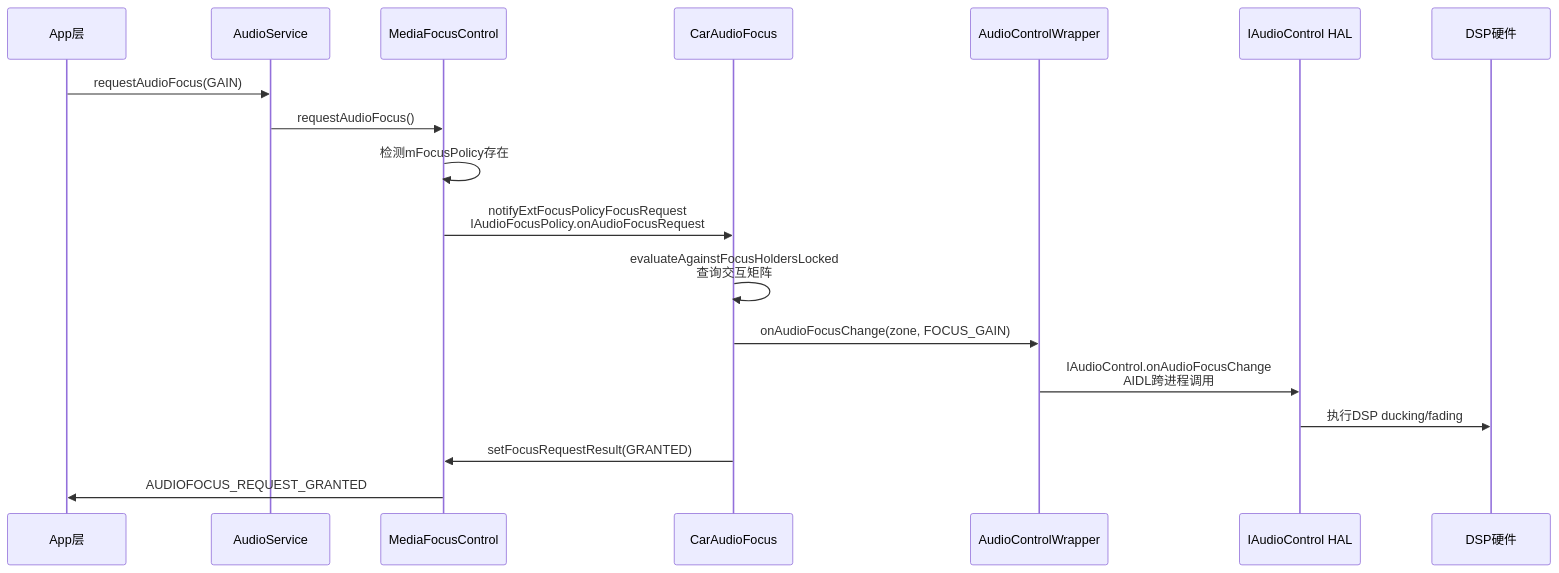
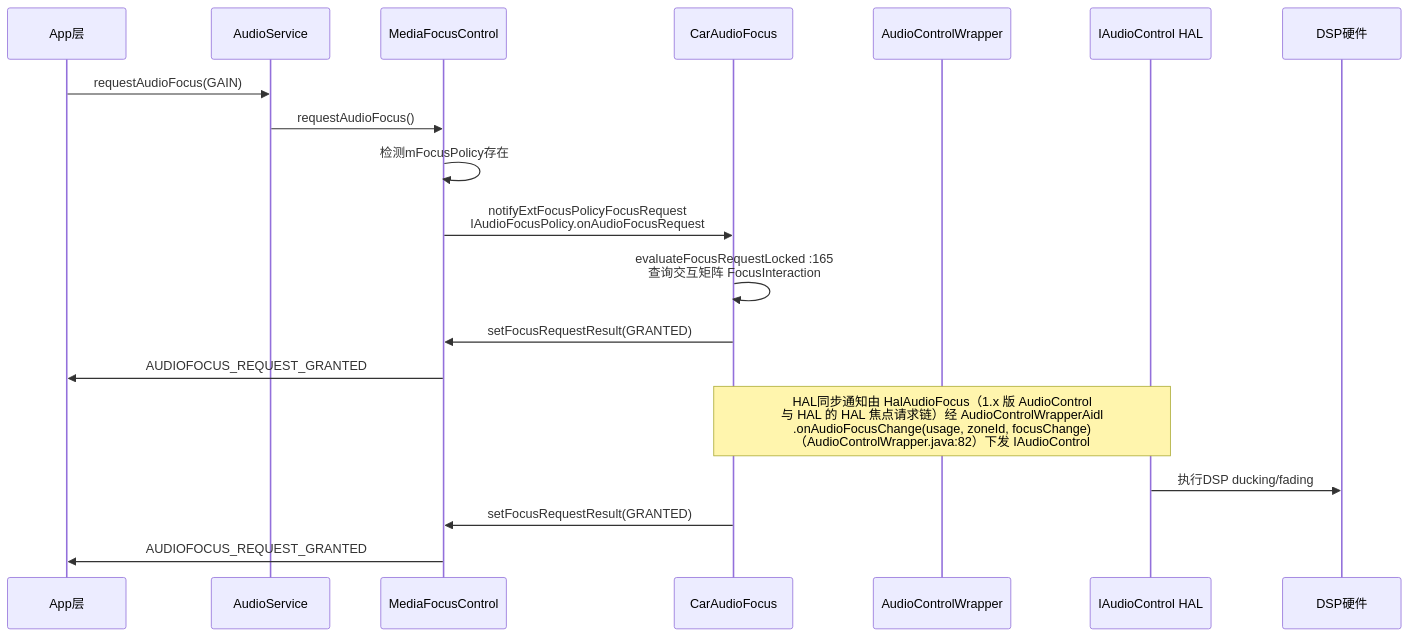
Before and after one commit to yanglinzhen1022/SA8295_AAOS_QNX_Audio_KnowledgeBase: the third of 4 diagrams in 12_Audio_Focus_Deep_Dive/12_12.8_Audio_Focus全栈调用链.md, drawn with Mermaid. The commit also changed other lines of this file and 14 other files, not shown here.

````diff
--- a/12_Audio_Focus_Deep_Dive/12_12.8_Audio_Focus全栈调用链.md
+++ b/12_Audio_Focus_Deep_Dive/12_12.8_Audio_Focus全栈调用链.md
@@ -57,21 +57,22 @@
 ```mermaid
 sequenceDiagram
     participant App as App层
     participant AS as AudioService
     participant MFC as MediaFocusControl
     participant CAF as CarAudioFocus
     participant ACW as AudioControlWrapper
     participant HAL as IAudioControl HAL
     participant DSP as DSP硬件
 
     App->>AS: requestAudioFocus(GAIN)
     AS->>MFC: requestAudioFocus()
     MFC->>MFC: 检测mFocusPolicy存在
     MFC->>CAF: notifyExtFocusPolicyFocusRequest<br>IAudioFocusPolicy.onAudioFocusRequest
-    CAF->>CAF: evaluateAgainstFocusHoldersLocked<br>查询交互矩阵
-    CAF->>ACW: onAudioFocusChange(zone, FOCUS_GAIN)
-    ACW->>HAL: IAudioControl.onAudioFocusChange<br>AIDL跨进程调用
+    CAF->>CAF: evaluateFocusRequestLocked :165<br>查询交互矩阵 FocusInteraction
+    CAF->>MFC: setFocusRequestResult(GRANTED)
+    MFC->>App: AUDIOFOCUS_REQUEST_GRANTED
+    Note over CAF,HAL: HAL同步通知由 HalAudioFocus（1.x 版 AudioControl<br>与 HAL 的 HAL 焦点请求链）经 AudioControlWrapperAidl<br>.onAudioFocusChange(usage, zoneId, focusChange)<br>（AudioControlWrapper.java:82）下发 IAudioControl
     HAL->>DSP: 执行DSP ducking/fading
     CAF->>MFC: setFocusRequestResult(GRANTED)
     MFC->>App: AUDIOFOCUS_REQUEST_GRANTED
 ```
````
